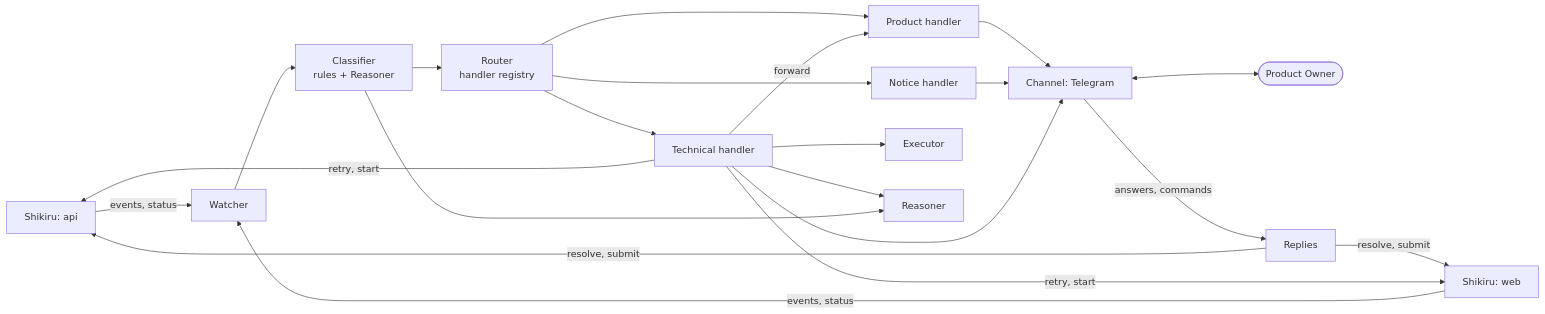
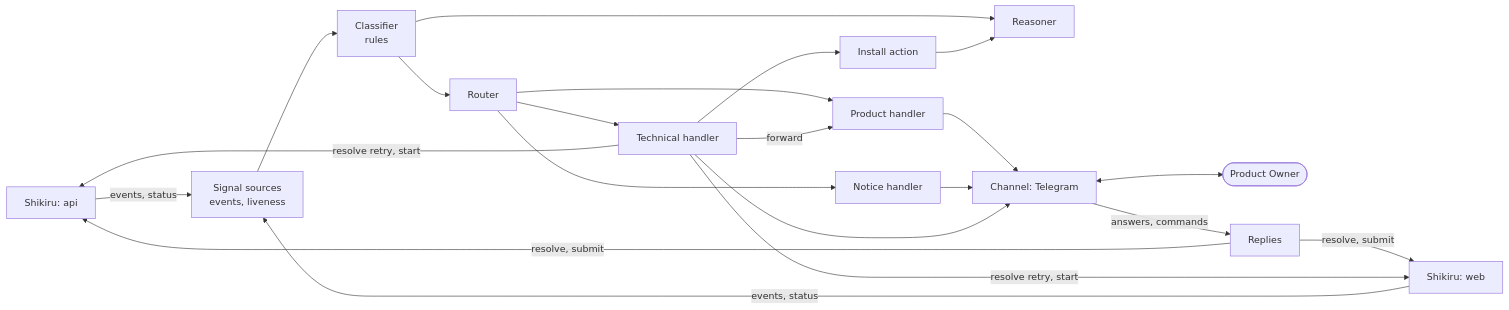
One commit to ferrum-code-dev/shikiri-yaku changed the diagram in docs/design.md. Above: the diagram before and after it, drawn with Mermaid. The commit also changed other lines of this file and 2 other files, not shown here.

First line of the commit message:
Audit and tighten the router design

````diff
--- a/docs/design.md
+++ b/docs/design.md
@@ -33,17 +35,17 @@
 ```mermaid
 flowchart LR
-  S1[Shikiru: api] & S2[Shikiru: web] -->|events, status| W[Watcher]
-  W --> C[Classifier<br/>rules + Reasoner]
-  C --> R[Router<br/>handler registry]
+  SH1[Shikiru: api] & SH2[Shikiru: web] -->|events, status| SRC[Signal sources<br/>events, liveness]
+  SRC --> C[Classifier<br/>rules]
+  C --> R[Router]
   R --> TH[Technical handler]
   R --> PH[Product handler]
   R --> NH[Notice handler]
   TH -->|forward| PH
-  TH --> X[Executor]
-  TH & C --> RS[Reasoner]
+  TH --> X[Install action]
+  C & X --> RS[Reasoner]
   PH & NH & TH --> CH[Channel: Telegram]
   CH <--> PO([Product Owner])
   CH -->|answers, commands| A[Replies]
-  A -->|resolve, submit| S1 & S2
-  TH -->|retry, start| S1 & S2
+  A -->|resolve, submit| SH1 & SH2
+  TH -->|resolve retry, start| SH1 & SH2
 ```
````
